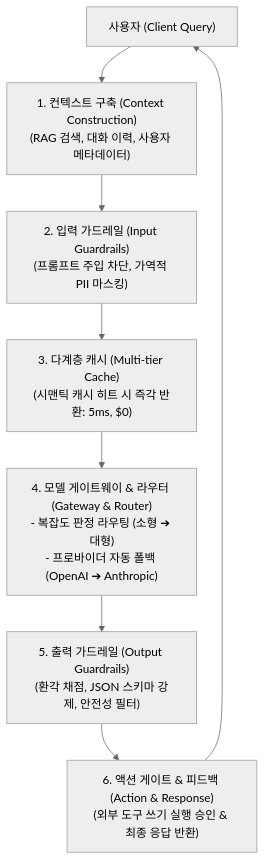
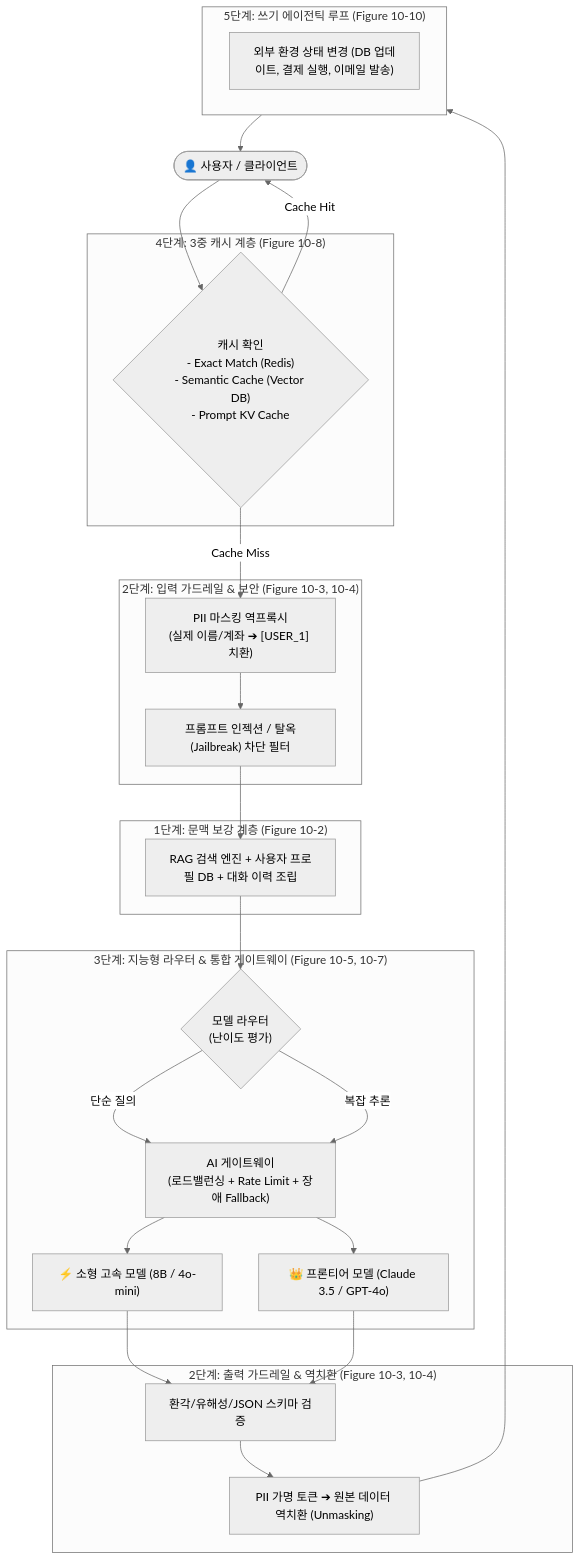
Before and after one commit to sing-u8/AI-Engineering: the first of 3 diagrams in chapter-qa/ch10-architecture-and-feedback-qa/01-enterprise-ai-application-architecture.md, drawn with Mermaid (neutral theme). The commit also changed other lines of this file and 11 other files, not shown here.

````diff
--- a/chapter-qa/ch10-architecture-and-feedback-qa/01-enterprise-ai-application-architecture.md
+++ b/chapter-qa/ch10-architecture-and-feedback-qa/01-enterprise-ai-application-architecture.md
@@ -39,12 +39,41 @@
 ```mermaid
 flowchart TD
-    User["사용자 (Client Query)"] --> Context["1. 컨텍스트 구축 (Context Construction)\n(RAG 검색, 대화 이력, 사용자 메타데이터)"]
-    Context --> InGuard["2. 입력 가드레일 (Input Guardrails)\n(프롬프트 주입 차단, 가역적 PII 마스킹)"]
-    InGuard --> Cache["3. 다계층 캐시 (Multi-tier Cache)\n(시맨틱 캐시 히트 시 즉각 반환: 5ms, $0)"]
-    
-    Cache --> Gateway["4. 모델 게이트웨이 & 라우터 (Gateway & Router)\n- 복잡도 판정 라우팅 (소형 ➔ 대형)\n- 프로바이더 자동 폴백 (OpenAI ➔ Anthropic)"]
-    
-    Gateway --> OutGuard["5. 출력 가드레일 (Output Guardrails)\n(환각 채점, JSON 스키마 강제, 안전성 필터)"]
-    OutGuard --> WriteAct["6. 액션 게이트 & 피드백 (Action & Response)\n(외부 도구 쓰기 실행 승인 & 최종 응답 반환)"]
-    WriteAct --> User
+    User(["👤 사용자 / 클라이언트"])
+
+    subgraph Layer4["4단계: 3중 캐시 계층 (Figure 10-8)"]
+        Cache{"캐시 확인\n- Exact Match (Redis)\n- Semantic Cache (Vector DB)\n- Prompt KV Cache"}
+    end
+
+    subgraph Layer2_In["2단계: 입력 가드레일 & 보안 (Figure 10-3, 10-4)"]
+        PII_Mask["PII 마스킹 역프록시\n(실제 이름/계좌 ➔ [USER_1] 치환)"]
+        Injection["프롬프트 인젝션 / 탈옥(Jailbreak) 차단 필터"]
+    end
+
+    subgraph Layer1["1단계: 문맥 보강 계층 (Figure 10-2)"]
+        RAG["RAG 검색 엔진 + 사용자 프로필 DB + 대화 이력 조립"]
+    end
+
+    subgraph Layer3["3단계: 지능형 라우터 & 통합 게이트웨이 (Figure 10-5, 10-7)"]
+        Router{"모델 라우터\n(난이도 평가)"}
+        Gateway["AI 게이트웨이\n(로드밸런싱 + Rate Limit + 장애 Fallback)"]
+        SmallM["⚡ 소형 고속 모델 (8B / 4o-mini)"]
+        LargeM["👑 프론티어 모델 (Claude 3.5 / GPT-4o)"]
+    end
+
+    subgraph Layer2_Out["2단계: 출력 가드레일 & 역치환 (Figure 10-3, 10-4)"]
+        PII_Unmask["PII 가명 토큰 ➔ 원본 데이터 역치환 (Unmasking)"]
+        Hallu_Check["환각/유해성/JSON 스키마 검증"]
+    end
+
+    subgraph Layer5["5단계: 쓰기 에이전틱 루프 (Figure 10-10)"]
+        Actions["외부 환경 상태 변경 (DB 업데이트, 결제 실행, 이메일 발송)"]
+    end
+
+    User --> Cache
+    Cache -- Cache Miss --> PII_Mask --> Injection --> RAG --> Router
+    Router -- 단순 질의 --> Gateway --> SmallM
+    Router -- 복잡 추론 --> Gateway --> LargeM
+    SmallM & LargeM --> Hallu_Check --> PII_Unmask --> Layer5
+    Layer5 --> User
+    Cache -- Cache Hit --> User
 ```
````
